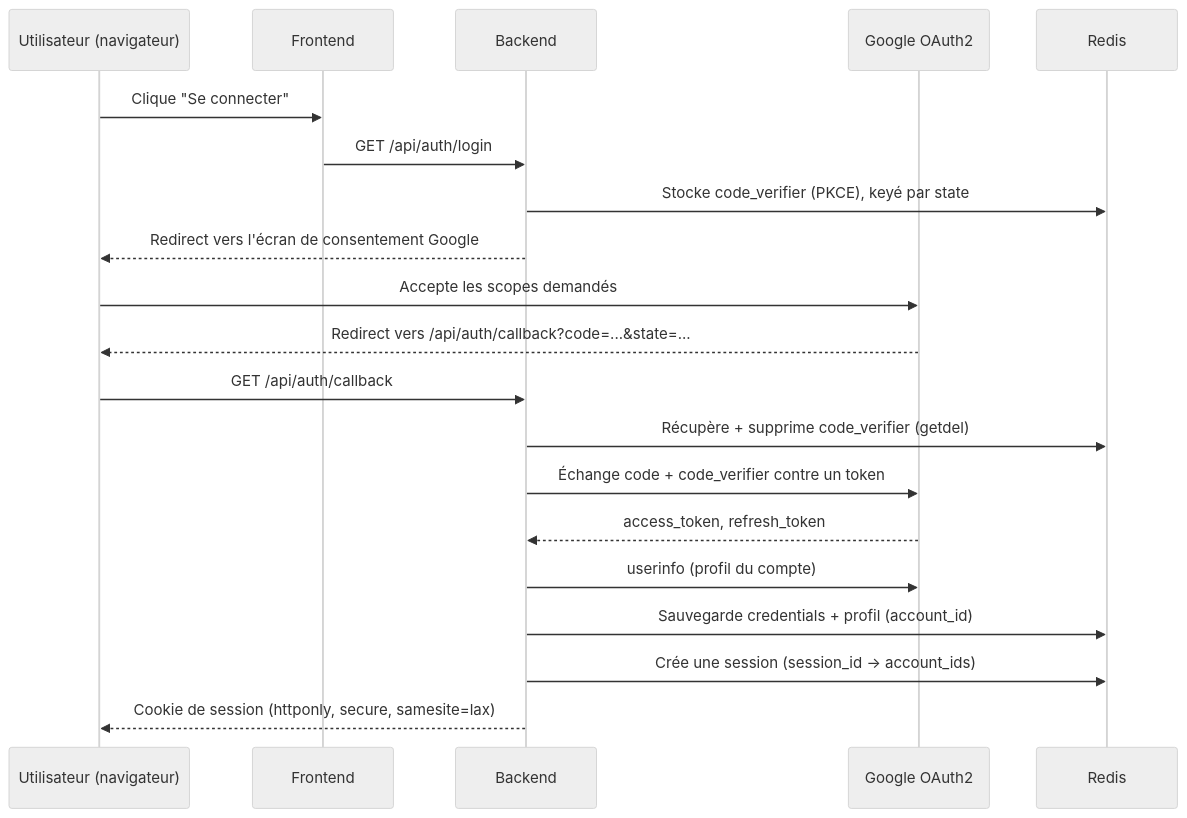
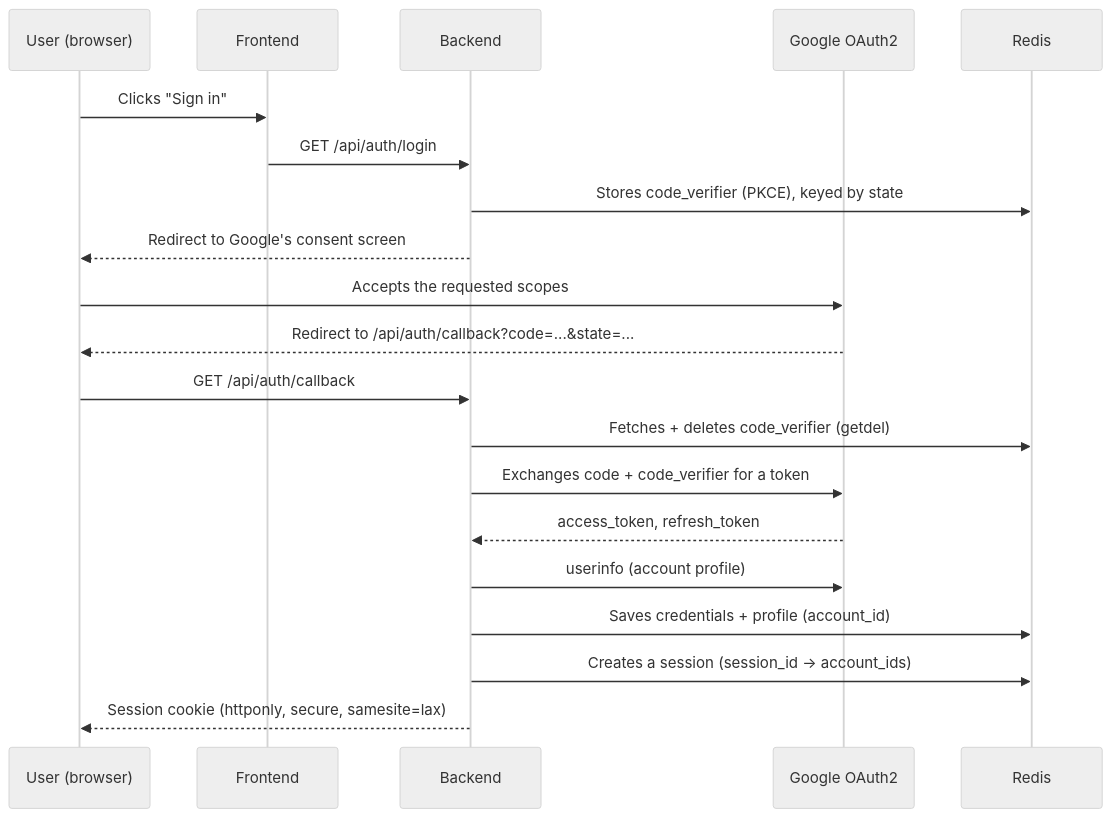
Before and after one commit to wardensfx/OuyouyouTube: the second of 3 diagrams in README.md, drawn with Mermaid (neutral theme). The commit also changed other lines of this file and 7 other files, not shown here.

````diff
--- a/README.md
+++ b/README.md
@@ -95,23 +94,23 @@
 ```mermaid
 sequenceDiagram
-    participant U as Utilisateur (navigateur)
+    participant U as User (browser)
     participant F as Frontend
     participant B as Backend
     participant G as Google OAuth2
     participant R as Redis
 
-    U->>F: Clique "Se connecter"
+    U->>F: Clicks "Sign in"
     F->>B: GET /api/auth/login
-    B->>R: Stocke code_verifier (PKCE), keyé par state
-    B-->>U: Redirect vers l'écran de consentement Google
-    U->>G: Accepte les scopes demandés
-    G-->>U: Redirect vers /api/auth/callback?code=...&state=...
+    B->>R: Stores code_verifier (PKCE), keyed by state
+    B-->>U: Redirect to Google's consent screen
+    U->>G: Accepts the requested scopes
+    G-->>U: Redirect to /api/auth/callback?code=...&state=...
     U->>B: GET /api/auth/callback
-    B->>R: Récupère + supprime code_verifier (getdel)
-    B->>G: Échange code + code_verifier contre un token
+    B->>R: Fetches + deletes code_verifier (getdel)
+    B->>G: Exchanges code + code_verifier for a token
     G-->>B: access_token, refresh_token
-    B->>G: userinfo (profil du compte)
-    B->>R: Sauvegarde credentials + profil (account_id)
-    B->>R: Crée une session (session_id → account_ids)
-    B-->>U: Cookie de session (httponly, secure, samesite=lax)
+    B->>G: userinfo (account profile)
+    B->>R: Saves credentials + profile (account_id)
+    B->>R: Creates a session (session_id → account_ids)
+    B-->>U: Session cookie (httponly, secure, samesite=lax)
 ```
````
